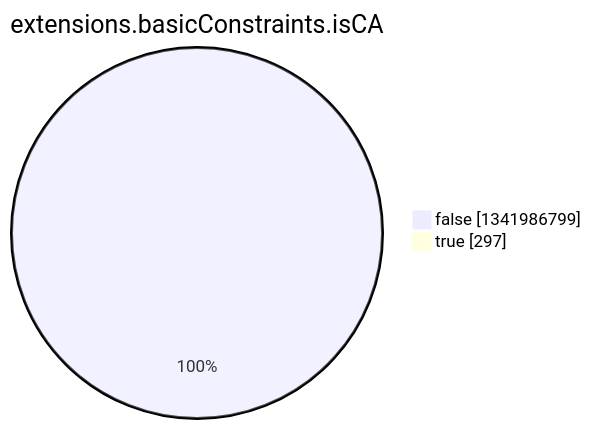
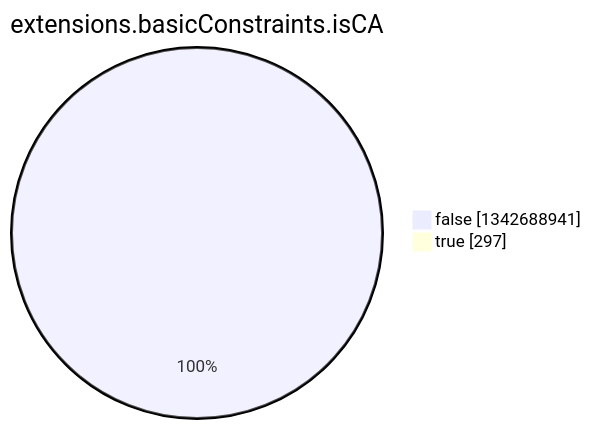
The eighth of 15 diagrams in argon2022/README.md (christiankrug/ctmonitor_visualization), drawn with Mermaid before and after one commit. The commit also changed other lines of this file, not shown here.

````diff
--- a/argon2022/README.md
+++ b/argon2022/README.md
@@ -2758,6 +2758,6 @@
 ```mermaid
 pie showData
 title extensions.basicConstraints.isCA
-"false" :1341986799
+"false" :1342688941
 "true" :297
 ```
````
